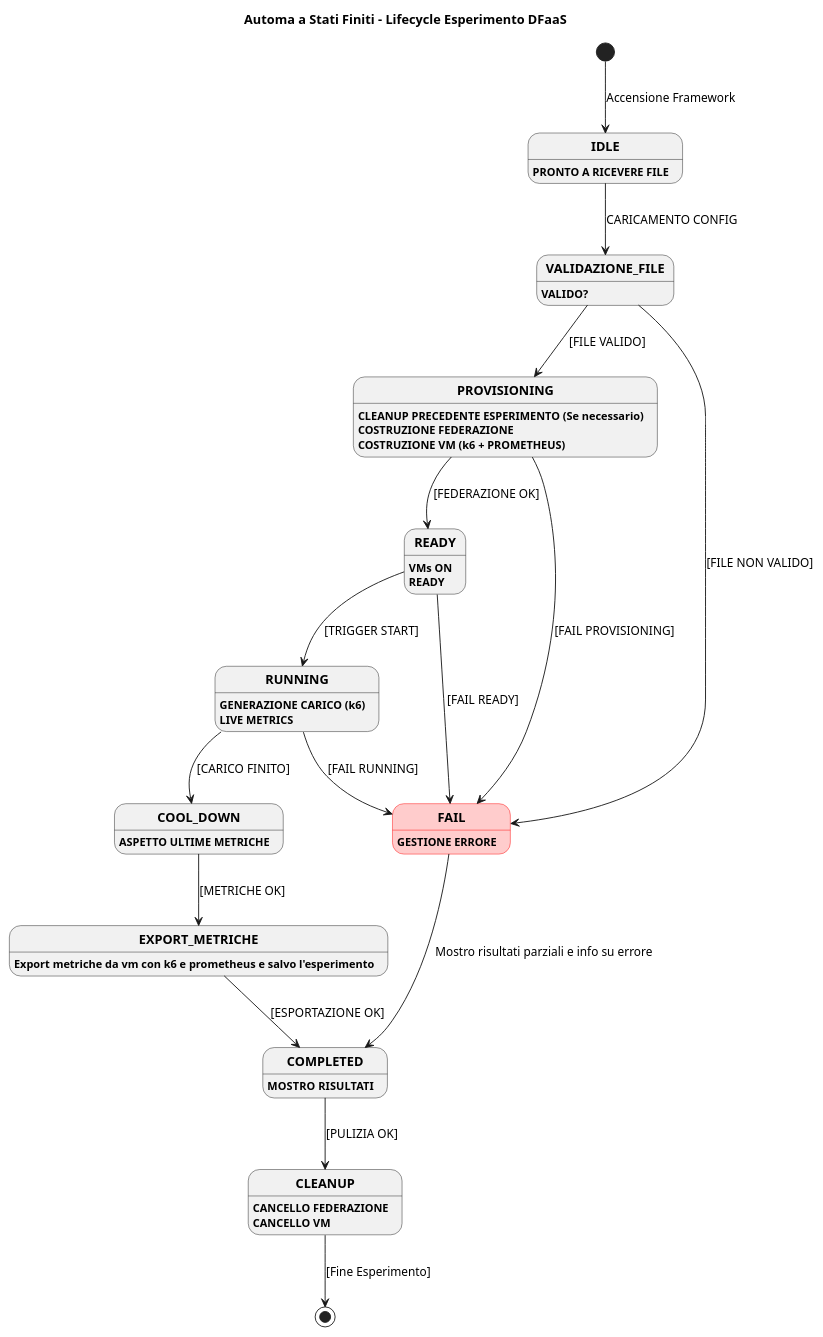
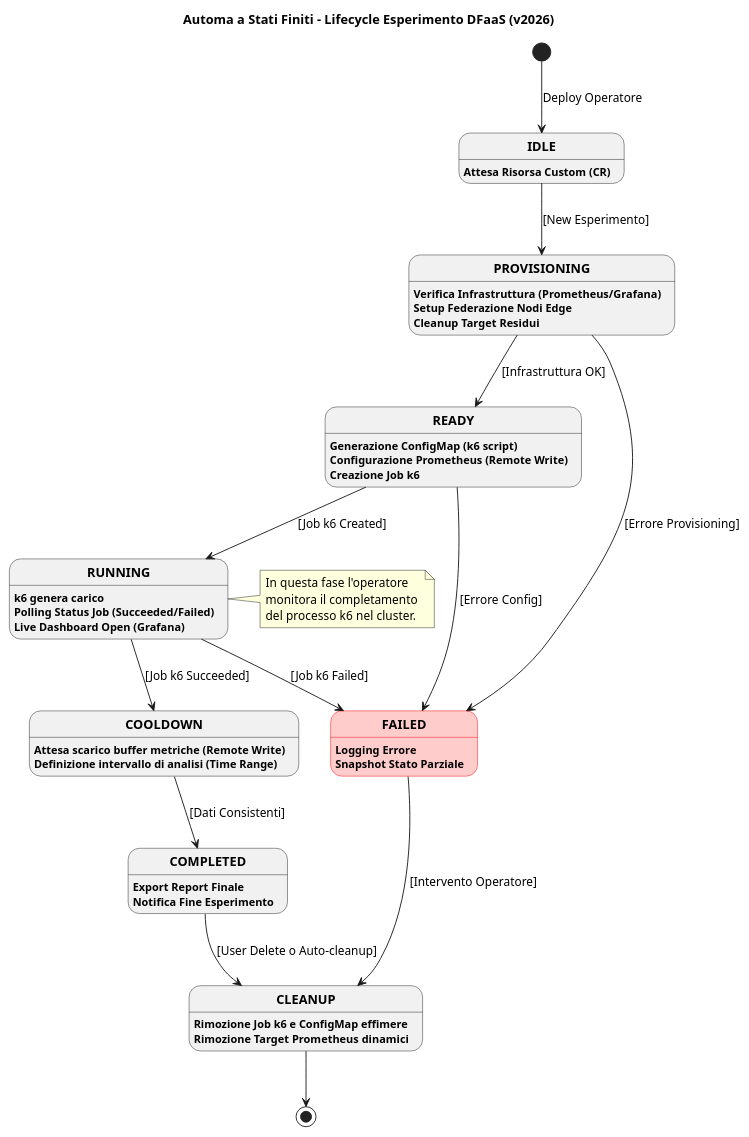
The diagram in UML/stati finiti.puml (isired01/DFaaSOperator), drawn with PlantUML before and after one commit.

Commit message:
feat: add UML diagram

```diff
--- a/UML/stati finiti.puml
+++ b/UML/stati finiti.puml
@@ -1,83 +1,79 @@
 @startuml
 skinparam backgroundColor #FFFFFF
 skinparam state {
   BackgroundColor<<Error>> #FFCCCC
   BorderColor<<Error>> #FF0000
   FontStyle bold
 }
 
-title Automa a Stati Finiti - Lifecycle Esperimento DFaaS
+title Automa a Stati Finiti - Lifecycle Esperimento DFaaS (v2026)
 
-[*] --> IDLE : Accensione Framework
+[*] --> IDLE : Deploy Operatore
 
 state IDLE {
-  IDLE : PRONTO A RICEVERE FILE
+  IDLE : Attesa Risorsa Custom (CR)
 }
 
-IDLE --> VALIDAZIONE_FILE : CARICAMENTO CONFIG
+IDLE --> PROVISIONING : [New Esperimento]
 
-state VALIDAZIONE_FILE {
-  VALIDAZIONE_FILE : VALIDO?
+state PROVISIONING {
+  PROVISIONING : Verifica Infrastruttura (Prometheus/Grafana)
+  PROVISIONING : Setup Federazione Nodi Edge
+  PROVISIONING : Cleanup Target Residui
 }
 
-VALIDAZIONE_FILE --> PROVISIONING : [FILE VALIDO]
-VALIDAZIONE_FILE --> FAIL : [FILE NON VALIDO]
+PROVISIONING --> READY : [Infrastruttura OK]
+PROVISIONING --> FAILED : [Errore Provisioning]
 
-state PROVISIONING {
-  PROVISIONING : CLEANUP PRECEDENTE ESPERIMENTO (Se necessario)
-  PROVISIONING : COSTRUZIONE FEDERAZIONE
-  PROVISIONING : COSTRUZIONE VM (k6 + PROMETHEUS)
+state READY {
+  READY : Generazione ConfigMap (k6 script)
+  READY : Configurazione Prometheus (Remote Write)
+  READY : Creazione Job k6
 }
 
-PROVISIONING --> READY : [FEDERAZIONE OK]
-PROVISIONING --> FAIL : [FAIL PROVISIONING]
+READY --> RUNNING : [Job k6 Created]
+READY --> FAILED : [Errore Config]
 
-state READY {
-  READY : VMs ON
-  READY : READY
+state RUNNING {
+  RUNNING : k6 genera carico
+  RUNNING : Polling Status Job (Succeeded/Failed)
+  RUNNING : Live Dashboard Open (Grafana)
 }
 
-READY --> RUNNING : [TRIGGER START]
-READY --> FAIL : [FAIL READY]
+RUNNING --> COOLDOWN : [Job k6 Succeeded]
+RUNNING --> FAILED : [Job k6 Failed]
 
-state RUNNING {
-  RUNNING : GENERAZIONE CARICO (k6)
-  RUNNING : LIVE METRICS
+state COOLDOWN {
+  COOLDOWN : Attesa scarico buffer metriche (Remote Write)
+  COOLDOWN : Definizione intervallo di analisi (Time Range)
 }
 
-RUNNING --> COOL_DOWN : [CARICO FINITO]
-RUNNING --> FAIL : [FAIL RUNNING]
+COOLDOWN --> COMPLETED : [Dati Consistenti]
 
-state COOL_DOWN {
-  COOL_DOWN : ASPETTO ULTIME METRICHE
+state COMPLETED {
+  COMPLETED : Export Report Finale
+  COMPLETED : Notifica Fine Esperimento
 }
 
-COOL_DOWN --> EXPORT_METRICHE : [METRICHE OK]
-
-state EXPORT_METRICHE {
-  EXPORT_METRICHE : Export metriche da vm con k6 e prometheus e salvo l'esperimento
+state CLEANUP {
+  CLEANUP : Rimozione Job k6 e ConfigMap effimere
+  CLEANUP : Rimozione Target Prometheus dinamici
 }
 
-EXPORT_METRICHE --> COMPLETED : [ESPORTAZIONE OK]
+COMPLETED --> CLEANUP : [User Delete o Auto-cleanup]
+CLEANUP --> [*]
 
-state CLEANUP {
-  CLEANUP : CANCELLO FEDERAZIONE
-  CLEANUP : CANCELLO VM
+state FAILED <<Error>> {
+  FAILED : Logging Errore
+  FAILED : Snapshot Stato Parziale
 }
 
-COMPLETED -->  CLEANUP : [PULIZIA OK]
+FAILED --> CLEANUP : [Intervento Operatore]
 
-state COMPLETED {
-  COMPLETED : MOSTRO RISULTATI
-}
+note right of RUNNING
+  In questa fase l'operatore
+  monitora il completamento 
+  del processo k6 nel cluster.
+end note
 
-CLEANUP --> [*] : [Fine Esperimento]
-
-
-
-state FAIL <<Error>> {
-  FAIL : GESTIONE ERRORE
-}
-
-FAIL --> COMPLETED : Mostro risultati parziali e info su errore
 @enduml
```
